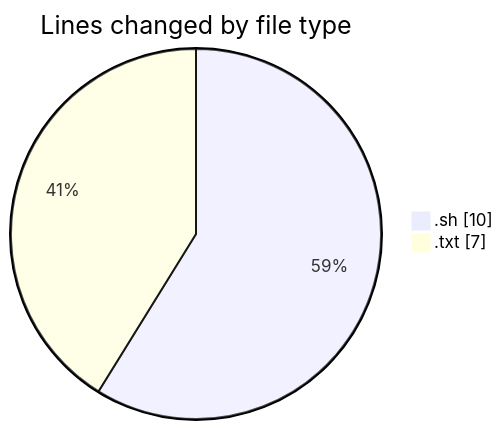
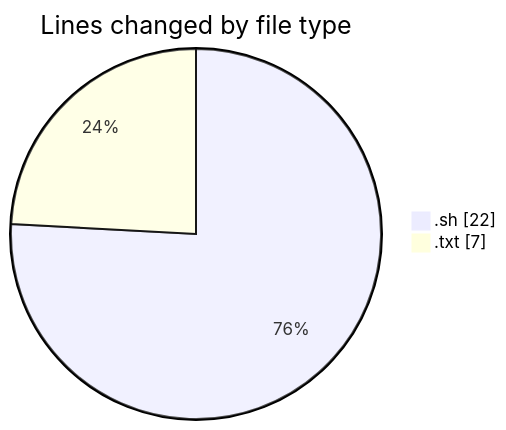
One commit to ricardozamudiocil/code-tracking changed the first of 2 diagrams in 2026-11-12/scripts/README.md. Above: the diagram before and after it, drawn with Mermaid. The commit also changed other lines of this file and 1 other file, not shown here.

````diff
--- a/2026-11-12/scripts/README.md
+++ b/2026-11-12/scripts/README.md
@@ -21,6 +21,6 @@
 ```mermaid
 pie showData
 title Lines changed by file type
-".sh" : 10
+".sh" : 22
 ".txt" : 7
 ```
````
